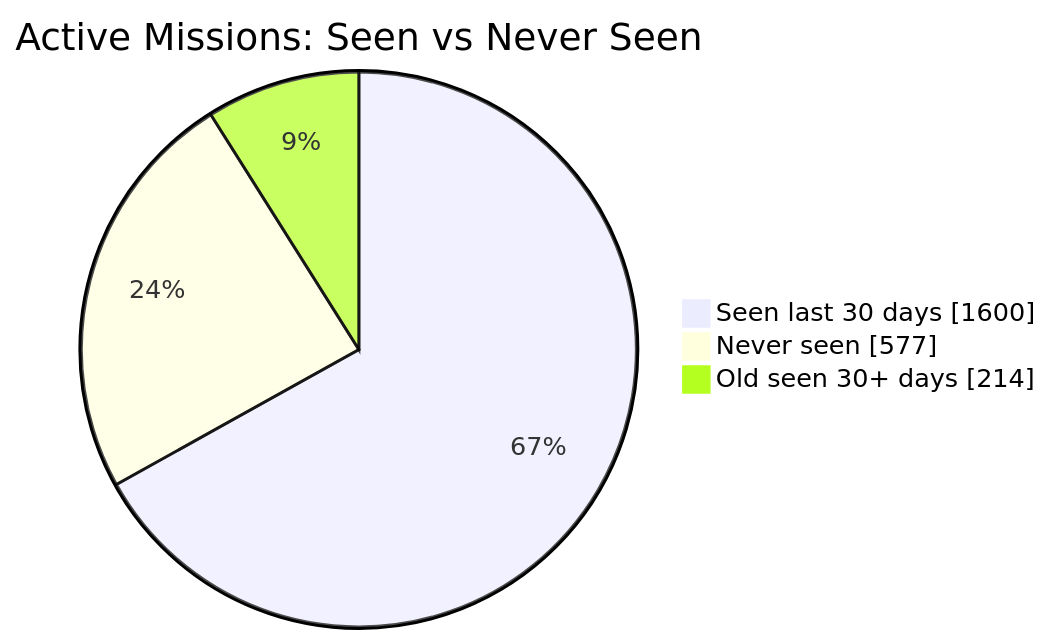
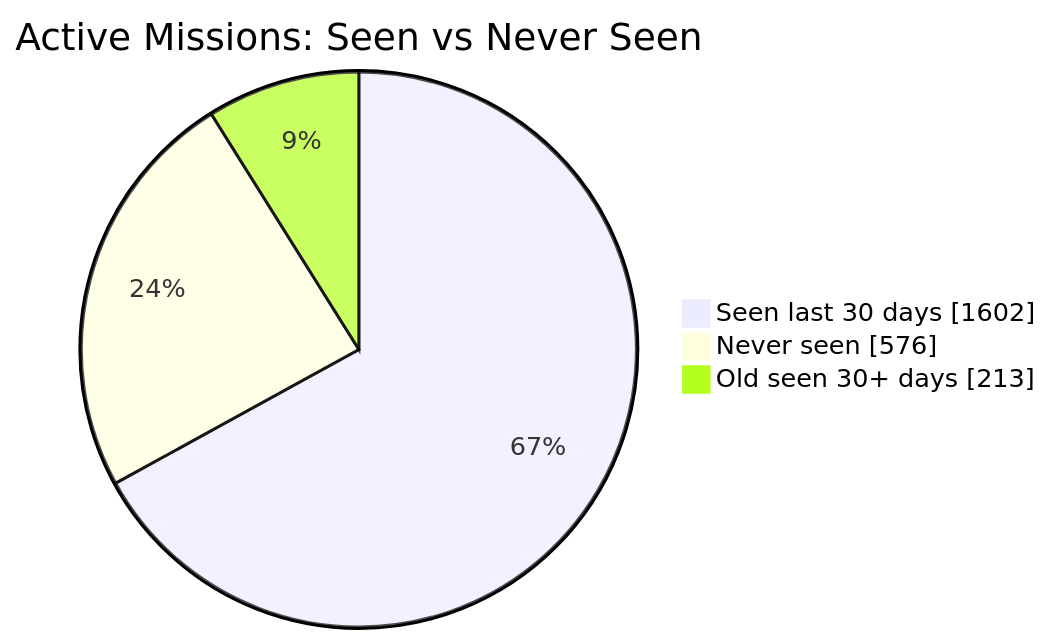
One commit to MeldkamerspelGameTeam/active-missions changed the first of 2 diagrams in README.md. Above: the diagram before and after it, drawn with Mermaid. The commit also changed other lines of this file and 4 other files, not shown here.

````diff
--- a/README.md
+++ b/README.md
@@ -34,7 +34,7 @@
 ```mermaid
 pie showData
     title Active Missions: Seen vs Never Seen
-    "Seen last 30 days" : 1600
-    "Never seen" : 577
-    "Old seen 30+ days" : 214
+    "Seen last 30 days" : 1602
+    "Never seen" : 576
+    "Old seen 30+ days" : 213
 ```
````
